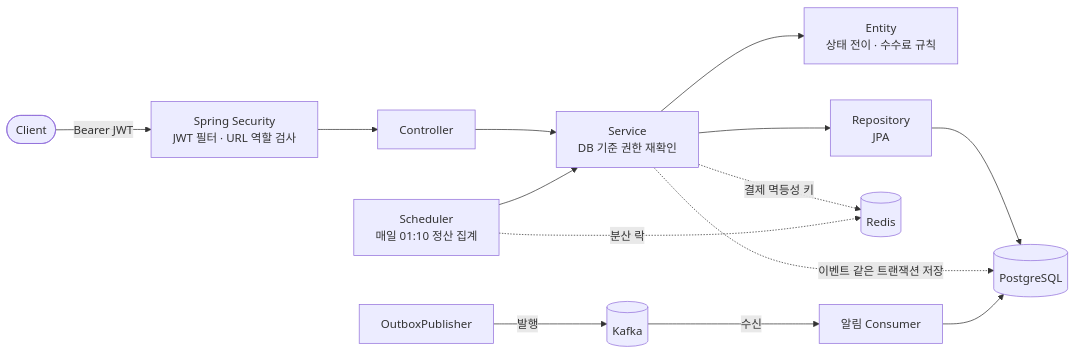
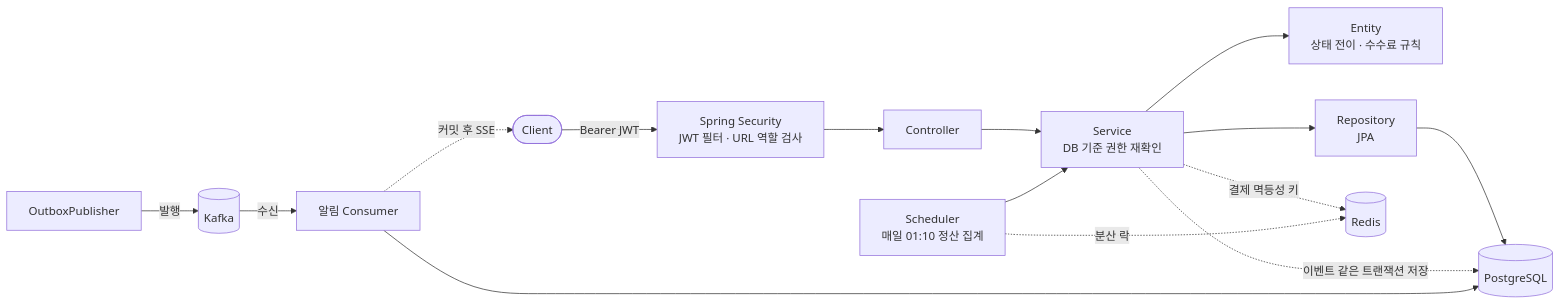
One commit to gajigaji-dev/Spring-Delivery-mini changed the diagram in README.md. Above: the diagram before and after it, drawn with Mermaid. The commit also changed other lines of this file and 89 other files, not shown here.

````diff
--- a/README.md
+++ b/README.md
@@ -19,12 +19,13 @@
 ```mermaid
 flowchart LR
     client([Client]) -->|Bearer JWT| sec[Spring Security<br/>JWT 필터 · URL 역할 검사]
     sec --> ctrl[Controller] --> svc[Service<br/>DB 기준 권한 재확인]
     svc --> ent[Entity<br/>상태 전이 · 수수료 규칙]
     svc --> repo[Repository<br/>JPA] --> db[(PostgreSQL)]
     sch[Scheduler<br/>매일 01:10 정산 집계] --> svc
     svc -.결제 멱등성 키.-> redis[(Redis)]
     sch -.분산 락.-> redis
     svc -.이벤트 같은 트랜잭션 저장.-> db
     pub[OutboxPublisher] -->|발행| kafka[(Kafka)] -->|수신| lsn[알림 Consumer] --> db
+    lsn -.커밋 후 SSE.-> client
 ```
````
